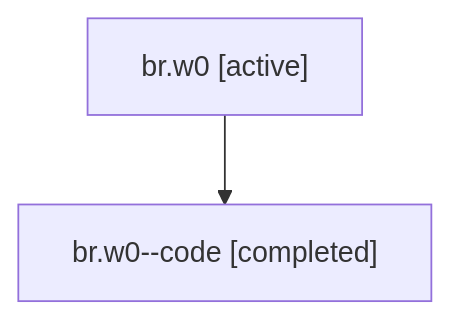
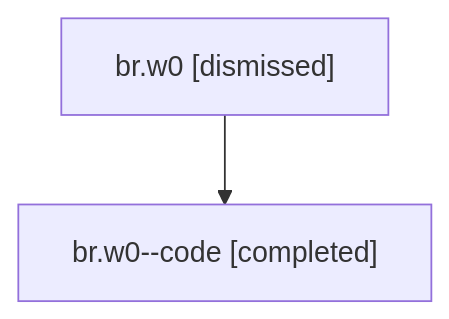
The diagram in sessions/bbugyi200.athena.br.w0.md (sase-org/sase--agents), drawn with Mermaid before and after one commit. The commit also changed other lines of this file and 10 other files, not shown here.

````diff
--- a/sessions/bbugyi200.athena.br.w0.md
+++ b/sessions/bbugyi200.athena.br.w0.md
@@ -9,6 +9,6 @@
 ```mermaid
 flowchart TD
-  n0["br.w0 [active]"]
+  n0["br.w0 [dismissed]"]
   n1["br.w0--code [completed]"]
   n0 --> n1
 ```
````
